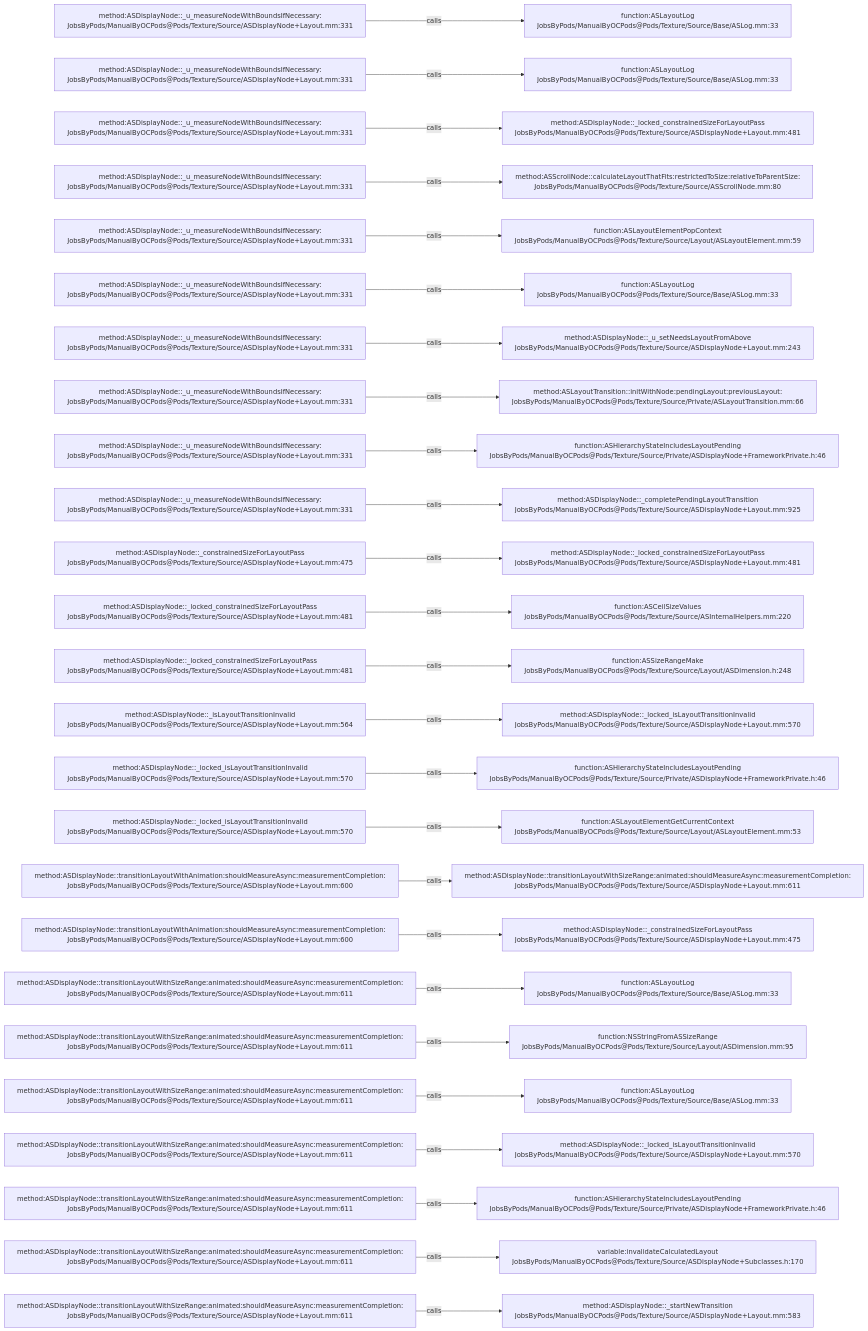
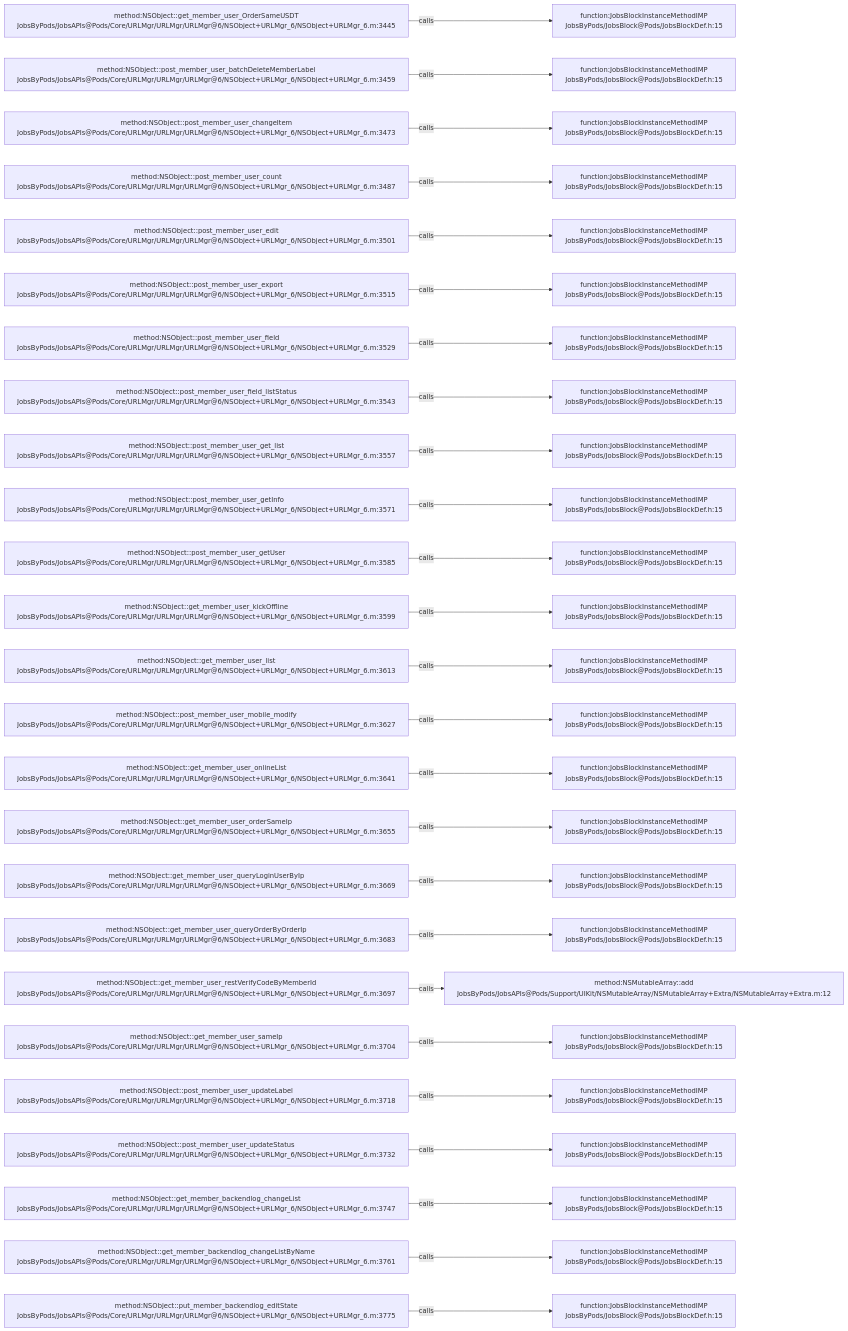
The diagram in .codegraph/codegraph.md/graphs/calls-077.md (JobsKits/JobsOCBaseConfigDemo), drawn with Mermaid before and after one commit. The commit also changed 768 other files, not shown here.

````diff
--- a/.codegraph/codegraph.md/graphs/calls-077.md
+++ b/.codegraph/codegraph.md/graphs/calls-077.md
@@ -13,78 +13,78 @@
 ```mermaid
 flowchart LR
-  S1["method:ASDisplayNode::_u_measureNodeWithBoundsIfNecessary:<br/>JobsByPods/ManualByOCPods@Pods/Texture/Source/ASDisplayNode+Layout.mm:331"]
-  T1["function:ASLayoutLog<br/>JobsByPods/ManualByOCPods@Pods/Texture/Source/Base/ASLog.mm:33"]
+  S1["method:NSObject::get_member_user_OrderSameUSDT<br/>JobsByPods/JobsAPIs@Pods/Core/URLMgr/URLMgr/URLMgr@6/NSObject+URLMgr_6/NSObject+URLMgr_6.m:3445"]
+  T1["function:JobsBlockInstanceMethodIMP<br/>JobsByPods/JobsBlock@Pods/JobsBlockDef.h:15"]
   S1 -->|calls| T1
-  S2["method:ASDisplayNode::_u_measureNodeWithBoundsIfNecessary:<br/>JobsByPods/ManualByOCPods@Pods/Texture/Source/ASDisplayNode+Layout.mm:331"]
-  T2["function:ASLayoutLog<br/>JobsByPods/ManualByOCPods@Pods/Texture/Source/Base/ASLog.mm:33"]
+  S2["method:NSObject::post_member_user_batchDeleteMemberLabel<br/>JobsByPods/JobsAPIs@Pods/Core/URLMgr/URLMgr/URLMgr@6/NSObject+URLMgr_6/NSObject+URLMgr_6.m:3459"]
+  T2["function:JobsBlockInstanceMethodIMP<br/>JobsByPods/JobsBlock@Pods/JobsBlockDef.h:15"]
   S2 -->|calls| T2
-  S3["method:ASDisplayNode::_u_measureNodeWithBoundsIfNecessary:<br/>JobsByPods/ManualByOCPods@Pods/Texture/Source/ASDisplayNode+Layout.mm:331"]
-  T3["method:ASDisplayNode::_locked_constrainedSizeForLayoutPass<br/>JobsByPods/ManualByOCPods@Pods/Texture/Source/ASDisplayNode+Layout.mm:481"]
+  S3["method:NSObject::post_member_user_changeItem<br/>JobsByPods/JobsAPIs@Pods/Core/URLMgr/URLMgr/URLMgr@6/NSObject+URLMgr_6/NSObject+URLMgr_6.m:3473"]
+  T3["function:JobsBlockInstanceMethodIMP<br/>JobsByPods/JobsBlock@Pods/JobsBlockDef.h:15"]
   S3 -->|calls| T3
-  S4["method:ASDisplayNode::_u_measureNodeWithBoundsIfNecessary:<br/>JobsByPods/ManualByOCPods@Pods/Texture/Source/ASDisplayNode+Layout.mm:331"]
-  T4["method:ASScrollNode::calculateLayoutThatFits:restrictedToSize:relativeToParentSize:<br/>JobsByPods/ManualByOCPods@Pods/Texture/Source/ASScrollNode.mm:80"]
+  S4["method:NSObject::post_member_user_count<br/>JobsByPods/JobsAPIs@Pods/Core/URLMgr/URLMgr/URLMgr@6/NSObject+URLMgr_6/NSObject+URLMgr_6.m:3487"]
+  T4["function:JobsBlockInstanceMethodIMP<br/>JobsByPods/JobsBlock@Pods/JobsBlockDef.h:15"]
   S4 -->|calls| T4
-  S5["method:ASDisplayNode::_u_measureNodeWithBoundsIfNecessary:<br/>JobsByPods/ManualByOCPods@Pods/Texture/Source/ASDisplayNode+Layout.mm:331"]
-  T5["function:ASLayoutElementPopContext<br/>JobsByPods/ManualByOCPods@Pods/Texture/Source/Layout/ASLayoutElement.mm:59"]
+  S5["method:NSObject::post_member_user_edit<br/>JobsByPods/JobsAPIs@Pods/Core/URLMgr/URLMgr/URLMgr@6/NSObject+URLMgr_6/NSObject+URLMgr_6.m:3501"]
+  T5["function:JobsBlockInstanceMethodIMP<br/>JobsByPods/JobsBlock@Pods/JobsBlockDef.h:15"]
   S5 -->|calls| T5
-  S6["method:ASDisplayNode::_u_measureNodeWithBoundsIfNecessary:<br/>JobsByPods/ManualByOCPods@Pods/Texture/Source/ASDisplayNode+Layout.mm:331"]
-  T6["function:ASLayoutLog<br/>JobsByPods/ManualByOCPods@Pods/Texture/Source/Base/ASLog.mm:33"]
+  S6["method:NSObject::post_member_user_export<br/>JobsByPods/JobsAPIs@Pods/Core/URLMgr/URLMgr/URLMgr@6/NSObject+URLMgr_6/NSObject+URLMgr_6.m:3515"]
+  T6["function:JobsBlockInstanceMethodIMP<br/>JobsByPods/JobsBlock@Pods/JobsBlockDef.h:15"]
   S6 -->|calls| T6
-  S7["method:ASDisplayNode::_u_measureNodeWithBoundsIfNecessary:<br/>JobsByPods/ManualByOCPods@Pods/Texture/Source/ASDisplayNode+Layout.mm:331"]
-  T7["method:ASDisplayNode::_u_setNeedsLayoutFromAbove<br/>JobsByPods/ManualByOCPods@Pods/Texture/Source/ASDisplayNode+Layout.mm:243"]
+  S7["method:NSObject::post_member_user_field<br/>JobsByPods/JobsAPIs@Pods/Core/URLMgr/URLMgr/URLMgr@6/NSObject+URLMgr_6/NSObject+URLMgr_6.m:3529"]
+  T7["function:JobsBlockInstanceMethodIMP<br/>JobsByPods/JobsBlock@Pods/JobsBlockDef.h:15"]
   S7 -->|calls| T7
-  S8["method:ASDisplayNode::_u_measureNodeWithBoundsIfNecessary:<br/>JobsByPods/ManualByOCPods@Pods/Texture/Source/ASDisplayNode+Layout.mm:331"]
-  T8["method:ASLayoutTransition::initWithNode:pendingLayout:previousLayout:<br/>JobsByPods/ManualByOCPods@Pods/Texture/Source/Private/ASLayoutTransition.mm:66"]
+  S8["method:NSObject::post_member_user_field_listStatus<br/>JobsByPods/JobsAPIs@Pods/Core/URLMgr/URLMgr/URLMgr@6/NSObject+URLMgr_6/NSObject+URLMgr_6.m:3543"]
+  T8["function:JobsBlockInstanceMethodIMP<br/>JobsByPods/JobsBlock@Pods/JobsBlockDef.h:15"]
   S8 -->|calls| T8
-  S9["method:ASDisplayNode::_u_measureNodeWithBoundsIfNecessary:<br/>JobsByPods/ManualByOCPods@Pods/Texture/Source/ASDisplayNode+Layout.mm:331"]
-  T9["function:ASHierarchyStateIncludesLayoutPending<br/>JobsByPods/ManualByOCPods@Pods/Texture/Source/Private/ASDisplayNode+FrameworkPrivate.h:46"]
+  S9["method:NSObject::post_member_user_get_list<br/>JobsByPods/JobsAPIs@Pods/Core/URLMgr/URLMgr/URLMgr@6/NSObject+URLMgr_6/NSObject+URLMgr_6.m:3557"]
+  T9["function:JobsBlockInstanceMethodIMP<br/>JobsByPods/JobsBlock@Pods/JobsBlockDef.h:15"]
   S9 -->|calls| T9
-  S10["method:ASDisplayNode::_u_measureNodeWithBoundsIfNecessary:<br/>JobsByPods/ManualByOCPods@Pods/Texture/Source/ASDisplayNode+Layout.mm:331"]
-  T10["method:ASDisplayNode::_completePendingLayoutTransition<br/>JobsByPods/ManualByOCPods@Pods/Texture/Source/ASDisplayNode+Layout.mm:925"]
+  S10["method:NSObject::post_member_user_getInfo<br/>JobsByPods/JobsAPIs@Pods/Core/URLMgr/URLMgr/URLMgr@6/NSObject+URLMgr_6/NSObject+URLMgr_6.m:3571"]
+  T10["function:JobsBlockInstanceMethodIMP<br/>JobsByPods/JobsBlock@Pods/JobsBlockDef.h:15"]
   S10 -->|calls| T10
-  S11["method:ASDisplayNode::_constrainedSizeForLayoutPass<br/>JobsByPods/ManualByOCPods@Pods/Texture/Source/ASDisplayNode+Layout.mm:475"]
-  T11["method:ASDisplayNode::_locked_constrainedSizeForLayoutPass<br/>JobsByPods/ManualByOCPods@Pods/Texture/Source/ASDisplayNode+Layout.mm:481"]
+  S11["method:NSObject::post_member_user_getUser<br/>JobsByPods/JobsAPIs@Pods/Core/URLMgr/URLMgr/URLMgr@6/NSObject+URLMgr_6/NSObject+URLMgr_6.m:3585"]
+  T11["function:JobsBlockInstanceMethodIMP<br/>JobsByPods/JobsBlock@Pods/JobsBlockDef.h:15"]
   S11 -->|calls| T11
-  S12["method:ASDisplayNode::_locked_constrainedSizeForLayoutPass<br/>JobsByPods/ManualByOCPods@Pods/Texture/Source/ASDisplayNode+Layout.mm:481"]
-  T12["function:ASCeilSizeValues<br/>JobsByPods/ManualByOCPods@Pods/Texture/Source/ASInternalHelpers.mm:220"]
+  S12["method:NSObject::get_member_user_kickOffline<br/>JobsByPods/JobsAPIs@Pods/Core/URLMgr/URLMgr/URLMgr@6/NSObject+URLMgr_6/NSObject+URLMgr_6.m:3599"]
+  T12["function:JobsBlockInstanceMethodIMP<br/>JobsByPods/JobsBlock@Pods/JobsBlockDef.h:15"]
   S12 -->|calls| T12
-  S13["method:ASDisplayNode::_locked_constrainedSizeForLayoutPass<br/>JobsByPods/ManualByOCPods@Pods/Texture/Source/ASDisplayNode+Layout.mm:481"]
-  T13["function:ASSizeRangeMake<br/>JobsByPods/ManualByOCPods@Pods/Texture/Source/Layout/ASDimension.h:248"]
+  S13["method:NSObject::get_member_user_list<br/>JobsByPods/JobsAPIs@Pods/Core/URLMgr/URLMgr/URLMgr@6/NSObject+URLMgr_6/NSObject+URLMgr_6.m:3613"]
+  T13["function:JobsBlockInstanceMethodIMP<br/>JobsByPods/JobsBlock@Pods/JobsBlockDef.h:15"]
   S13 -->|calls| T13
-  S14["method:ASDisplayNode::_isLayoutTransitionInvalid<br/>JobsByPods/ManualByOCPods@Pods/Texture/Source/ASDisplayNode+Layout.mm:564"]
-  T14["method:ASDisplayNode::_locked_isLayoutTransitionInvalid<br/>JobsByPods/ManualByOCPods@Pods/Texture/Source/ASDisplayNode+Layout.mm:570"]
+  S14["method:NSObject::post_member_user_mobile_modify<br/>JobsByPods/JobsAPIs@Pods/Core/URLMgr/URLMgr/URLMgr@6/NSObject+URLMgr_6/NSObject+URLMgr_6.m:3627"]
+  T14["function:JobsBlockInstanceMethodIMP<br/>JobsByPods/JobsBlock@Pods/JobsBlockDef.h:15"]
   S14 -->|calls| T14
-  S15["method:ASDisplayNode::_locked_isLayoutTransitionInvalid<br/>JobsByPods/ManualByOCPods@Pods/Texture/Source/ASDisplayNode+Layout.mm:570"]
-  T15["function:ASHierarchyStateIncludesLayoutPending<br/>JobsByPods/ManualByOCPods@Pods/Texture/Source/Private/ASDisplayNode+FrameworkPrivate.h:46"]
+  S15["method:NSObject::get_member_user_onlineList<br/>JobsByPods/JobsAPIs@Pods/Core/URLMgr/URLMgr/URLMgr@6/NSObject+URLMgr_6/NSObject+URLMgr_6.m:3641"]
+  T15["function:JobsBlockInstanceMethodIMP<br/>JobsByPods/JobsBlock@Pods/JobsBlockDef.h:15"]
   S15 -->|calls| T15
-  S16["method:ASDisplayNode::_locked_isLayoutTransitionInvalid<br/>JobsByPods/ManualByOCPods@Pods/Texture/Source/ASDisplayNode+Layout.mm:570"]
-  T16["function:ASLayoutElementGetCurrentContext<br/>JobsByPods/ManualByOCPods@Pods/Texture/Source/Layout/ASLayoutElement.mm:53"]
+  S16["method:NSObject::get_member_user_orderSameIp<br/>JobsByPods/JobsAPIs@Pods/Core/URLMgr/URLMgr/URLMgr@6/NSObject+URLMgr_6/NSObject+URLMgr_6.m:3655"]
+  T16["function:JobsBlockInstanceMethodIMP<br/>JobsByPods/JobsBlock@Pods/JobsBlockDef.h:15"]
   S16 -->|calls| T16
-  S17["method:ASDisplayNode::transitionLayoutWithAnimation:shouldMeasureAsync:measurementCompletion:<br/>JobsByPods/ManualByOCPods@Pods/Texture/Source/ASDisplayNode+Layout.mm:600"]
-  T17["method:ASDisplayNode::transitionLayoutWithSizeRange:animated:shouldMeasureAsync:measurementCompletion:<br/>JobsByPods/ManualByOCPods@Pods/Texture/Source/ASDisplayNode+Layout.mm:611"]
+  S17["method:NSObject::get_member_user_queryLoginUserByIp<br/>JobsByPods/JobsAPIs@Pods/Core/URLMgr/URLMgr/URLMgr@6/NSObject+URLMgr_6/NSObject+URLMgr_6.m:3669"]
+  T17["function:JobsBlockInstanceMethodIMP<br/>JobsByPods/JobsBlock@Pods/JobsBlockDef.h:15"]
   S17 -->|calls| T17
-  S18["method:ASDisplayNode::transitionLayoutWithAnimation:shouldMeasureAsync:measurementCompletion:<br/>JobsByPods/ManualByOCPods@Pods/Texture/Source/ASDisplayNode+Layout.mm:600"]
-  T18["method:ASDisplayNode::_constrainedSizeForLayoutPass<br/>JobsByPods/ManualByOCPods@Pods/Texture/Source/ASDisplayNode+Layout.mm:475"]
+  S18["method:NSObject::get_member_user_queryOrderByOrderIp<br/>JobsByPods/JobsAPIs@Pods/Core/URLMgr/URLMgr/URLMgr@6/NSObject+URLMgr_6/NSObject+URLMgr_6.m:3683"]
+  T18["function:JobsBlockInstanceMethodIMP<br/>JobsByPods/JobsBlock@Pods/JobsBlockDef.h:15"]
   S18 -->|calls| T18
-  S19["method:ASDisplayNode::transitionLayoutWithSizeRange:animated:shouldMeasureAsync:measurementCompletion:<br/>JobsByPods/ManualByOCPods@Pods/Texture/Source/ASDisplayNode+Layout.mm:611"]
-  T19["function:ASLayoutLog<br/>JobsByPods/ManualByOCPods@Pods/Texture/Source/Base/ASLog.mm:33"]
+  S19["method:NSObject::get_member_user_restVerifyCodeByMemberId<br/>JobsByPods/JobsAPIs@Pods/Core/URLMgr/URLMgr/URLMgr@6/NSObject+URLMgr_6/NSObject+URLMgr_6.m:3697"]
+  T19["method:NSMutableArray::add<br/>JobsByPods/JobsAPIs@Pods/Support/UIKit/NSMutableArray/NSMutableArray+Extra/NSMutableArray+Extra.m:12"]
   S19 -->|calls| T19
-  S20["method:ASDisplayNode::transitionLayoutWithSizeRange:animated:shouldMeasureAsync:measurementCompletion:<br/>JobsByPods/ManualByOCPods@Pods/Texture/Source/ASDisplayNode+Layout.mm:611"]
-  T20["function:NSStringFromASSizeRange<br/>JobsByPods/ManualByOCPods@Pods/Texture/Source/Layout/ASDimension.mm:95"]
+  S20["method:NSObject::get_member_user_sameIp<br/>JobsByPods/JobsAPIs@Pods/Core/URLMgr/URLMgr/URLMgr@6/NSObject+URLMgr_6/NSObject+URLMgr_6.m:3704"]
+  T20["function:JobsBlockInstanceMethodIMP<br/>JobsByPods/JobsBlock@Pods/JobsBlockDef.h:15"]
   S20 -->|calls| T20
-  S21["method:ASDisplayNode::transitionLayoutWithSizeRange:animated:shouldMeasureAsync:measurementCompletion:<br/>JobsByPods/ManualByOCPods@Pods/Texture/Source/ASDisplayNode+Layout.mm:611"]
-  T21["function:ASLayoutLog<br/>JobsByPods/ManualByOCPods@Pods/Texture/Source/Base/ASLog.mm:33"]
+  S21["method:NSObject::post_member_user_updateLabel<br/>JobsByPods/JobsAPIs@Pods/Core/URLMgr/URLMgr/URLMgr@6/NSObject+URLMgr_6/NSObject+URLMgr_6.m:3718"]
+  T21["function:JobsBlockInstanceMethodIMP<br/>JobsByPods/JobsBlock@Pods/JobsBlockDef.h:15"]
   S21 -->|calls| T21
-  S22["method:ASDisplayNode::transitionLayoutWithSizeRange:animated:shouldMeasureAsync:measurementCompletion:<br/>JobsByPods/ManualByOCPods@Pods/Texture/Source/ASDisplayNode+Layout.mm:611"]
-  T22["method:ASDisplayNode::_locked_isLayoutTransitionInvalid<br/>JobsByPods/ManualByOCPods@Pods/Texture/Source/ASDisplayNode+Layout.mm:570"]
+  S22["method:NSObject::post_member_user_updateStatus<br/>JobsByPods/JobsAPIs@Pods/Core/URLMgr/URLMgr/URLMgr@6/NSObject+URLMgr_6/NSObject+URLMgr_6.m:3732"]
+  T22["function:JobsBlockInstanceMethodIMP<br/>JobsByPods/JobsBlock@Pods/JobsBlockDef.h:15"]
   S22 -->|calls| T22
-  S23["method:ASDisplayNode::transitionLayoutWithSizeRange:animated:shouldMeasureAsync:measurementCompletion:<br/>JobsByPods/ManualByOCPods@Pods/Texture/Source/ASDisplayNode+Layout.mm:611"]
-  T23["function:ASHierarchyStateIncludesLayoutPending<br/>JobsByPods/ManualByOCPods@Pods/Texture/Source/Private/ASDisplayNode+FrameworkPrivate.h:46"]
+  S23["method:NSObject::get_member_backendlog_changeList<br/>JobsByPods/JobsAPIs@Pods/Core/URLMgr/URLMgr/URLMgr@6/NSObject+URLMgr_6/NSObject+URLMgr_6.m:3747"]
+  T23["function:JobsBlockInstanceMethodIMP<br/>JobsByPods/JobsBlock@Pods/JobsBlockDef.h:15"]
   S23 -->|calls| T23
-  S24["method:ASDisplayNode::transitionLayoutWithSizeRange:animated:shouldMeasureAsync:measurementCompletion:<br/>JobsByPods/ManualByOCPods@Pods/Texture/Source/ASDisplayNode+Layout.mm:611"]
-  T24["variable:invalidateCalculatedLayout<br/>JobsByPods/ManualByOCPods@Pods/Texture/Source/ASDisplayNode+Subclasses.h:170"]
+  S24["method:NSObject::get_member_backendlog_changeListByName<br/>JobsByPods/JobsAPIs@Pods/Core/URLMgr/URLMgr/URLMgr@6/NSObject+URLMgr_6/NSObject+URLMgr_6.m:3761"]
+  T24["function:JobsBlockInstanceMethodIMP<br/>JobsByPods/JobsBlock@Pods/JobsBlockDef.h:15"]
   S24 -->|calls| T24
-  S25["method:ASDisplayNode::transitionLayoutWithSizeRange:animated:shouldMeasureAsync:measurementCompletion:<br/>JobsByPods/ManualByOCPods@Pods/Texture/Source/ASDisplayNode+Layout.mm:611"]
-  T25["method:ASDisplayNode::_startNewTransition<br/>JobsByPods/ManualByOCPods@Pods/Texture/Source/ASDisplayNode+Layout.mm:583"]
+  S25["method:NSObject::put_member_backendlog_editState<br/>JobsByPods/JobsAPIs@Pods/Core/URLMgr/URLMgr/URLMgr@6/NSObject+URLMgr_6/NSObject+URLMgr_6.m:3775"]
+  T25["function:JobsBlockInstanceMethodIMP<br/>JobsByPods/JobsBlock@Pods/JobsBlockDef.h:15"]
   S25 -->|calls| T25
 ```
````
